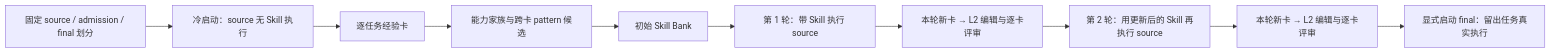
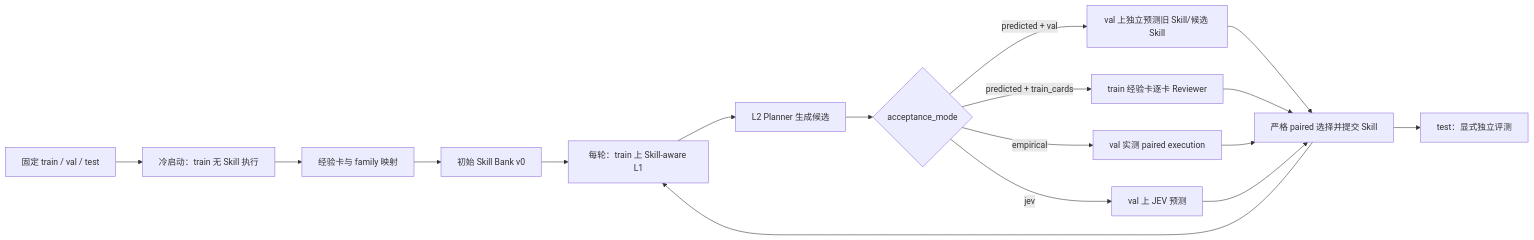
One commit to neumyor/SkillExpand changed the diagram in README.md. Above: the diagram before and after it, drawn with Mermaid. The commit also changed other lines of this file and 38 other files, not shown here.

Commit message:
refactor: standardize train val test split naming

````diff
--- a/README.md
+++ b/README.md
@@ -9,12 +9,19 @@
 ```mermaid
 flowchart LR
-  A[固定 source / admission / final 划分] --> B[冷启动：source 无 Skill 执行]
-  B --> C[逐任务经验卡]
-  C --> D[能力家族与跨卡 pattern 候选]
-  D --> E[初始 Skill Bank]
-  E --> F[第 1 轮：带 Skill 执行 source]
-  F --> G[本轮新卡 → L2 编辑与逐卡评审]
-  G --> H[第 2 轮：用更新后的 Skill 再执行 source]
-  H --> I[本轮新卡 → L2 编辑与逐卡评审]
-  I --> J[显式启动 final：留出任务真实执行]
+  A[固定 train / val / test] --> B[冷启动：train 无 Skill 执行]
+  B --> C[经验卡与 family 映射]
+  C --> D[初始 Skill Bank v0]
+  D --> E[每轮：train 上 Skill-aware L1]
+  E --> F[L2 Planner 生成候选]
+  F --> G{acceptance_mode}
+  G -->|predicted + val| H[val 上独立预测旧 Skill/候选 Skill]
+  G -->|predicted + train_cards| I[train 经验卡逐卡 Reviewer]
+  G -->|empirical| J[val 实测 paired execution]
+  G -->|jev| K[val 上 JEV 预测]
+  H --> L[严格 paired 选择并提交 Skill]
+  I --> L
+  J --> L
+  K --> L
+  L --> E
+  L --> M[test：显式独立评测]
 ```
````
